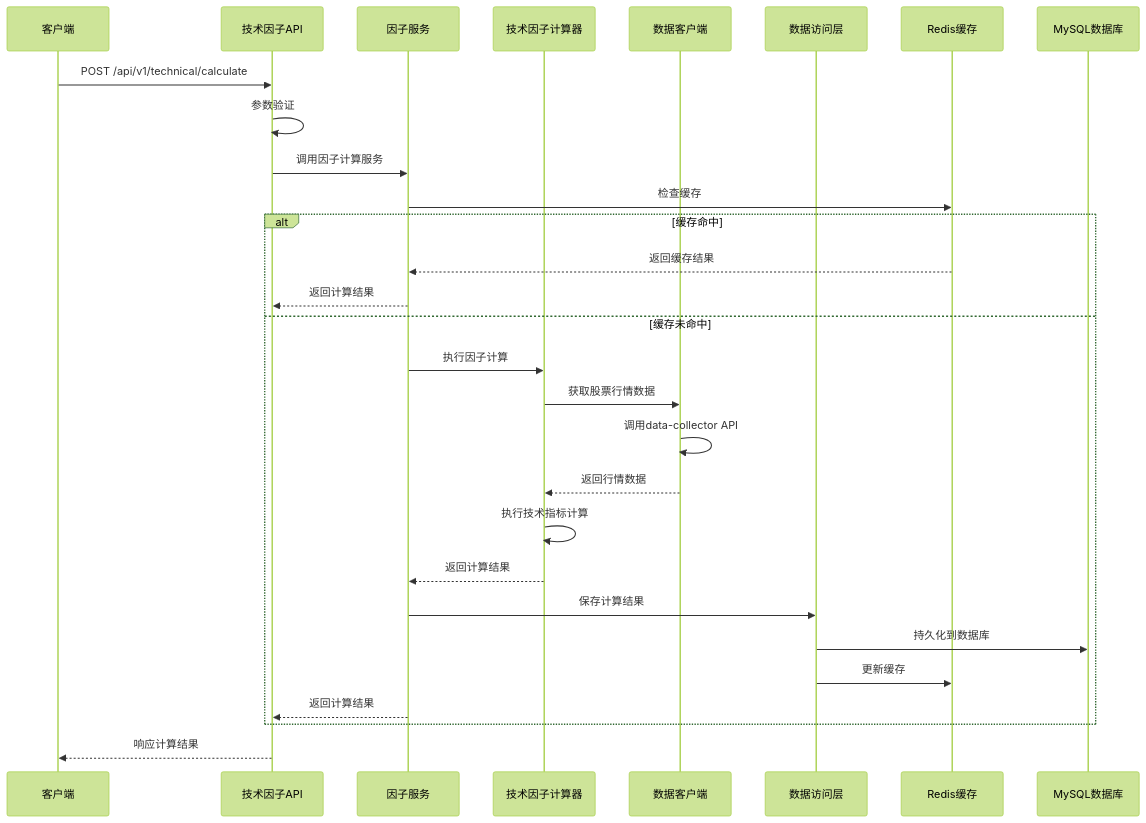
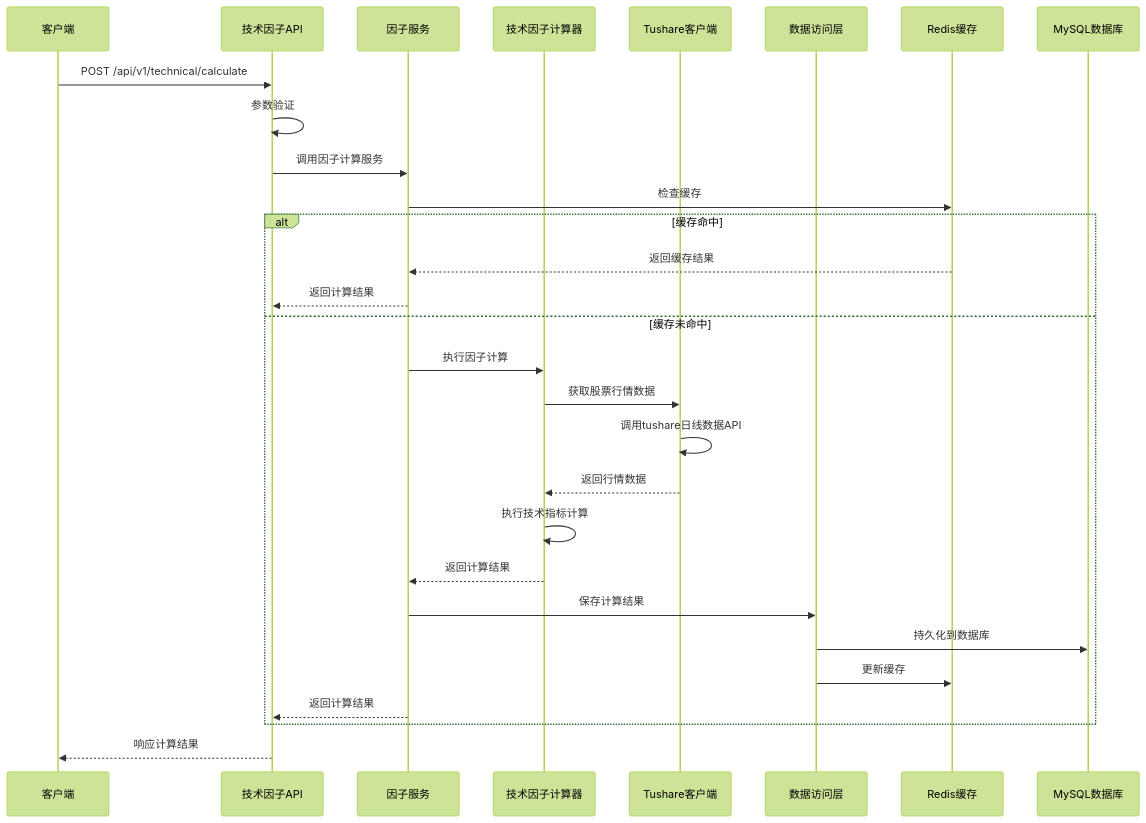
One commit to Casper-Mars/qtrade changed the first of 5 diagrams in docs/iteration-2-factor-engine/tasks.md. Above: the diagram before and after it, drawn with Mermaid (forest theme). The commit also changed other lines of this file and 18 other files, not shown here.

````diff
--- a/docs/iteration-2-factor-engine/tasks.md
+++ b/docs/iteration-2-factor-engine/tasks.md
@@ -62,36 +80,36 @@
     ```mermaid
     sequenceDiagram
         participant Client as 客户端
         participant API as 技术因子API
         participant Service as 因子服务
         participant Calculator as 技术因子计算器
-        participant DataClient as 数据客户端
+        participant TushareClient as Tushare客户端
         participant DAO as 数据访问层
         participant Cache as Redis缓存
         participant DB as MySQL数据库
         
         Client->>API: POST /api/v1/technical/calculate
         API->>API: 参数验证
         API->>Service: 调用因子计算服务
         
         Service->>Cache: 检查缓存
         alt 缓存命中
             Cache-->>Service: 返回缓存结果
             Service-->>API: 返回计算结果
         else 缓存未命中
             Service->>Calculator: 执行因子计算
-            Calculator->>DataClient: 获取股票行情数据
-            DataClient->>DataClient: 调用data-collector API
-            DataClient-->>Calculator: 返回行情数据
+            Calculator->>TushareClient: 获取股票行情数据
+            TushareClient->>TushareClient: 调用tushare日线数据API
+            TushareClient-->>Calculator: 返回行情数据
             Calculator->>Calculator: 执行技术指标计算
             Calculator-->>Service: 返回计算结果
             
             Service->>DAO: 保存计算结果
             DAO->>DB: 持久化到数据库
             DAO->>Cache: 更新缓存
             
             Service-->>API: 返回计算结果
         end
         
         API-->>Client: 响应计算结果
     ```
````
